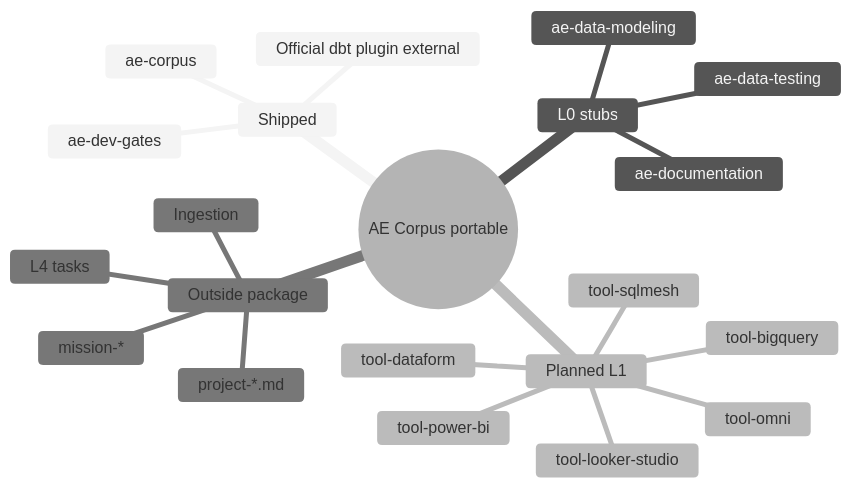
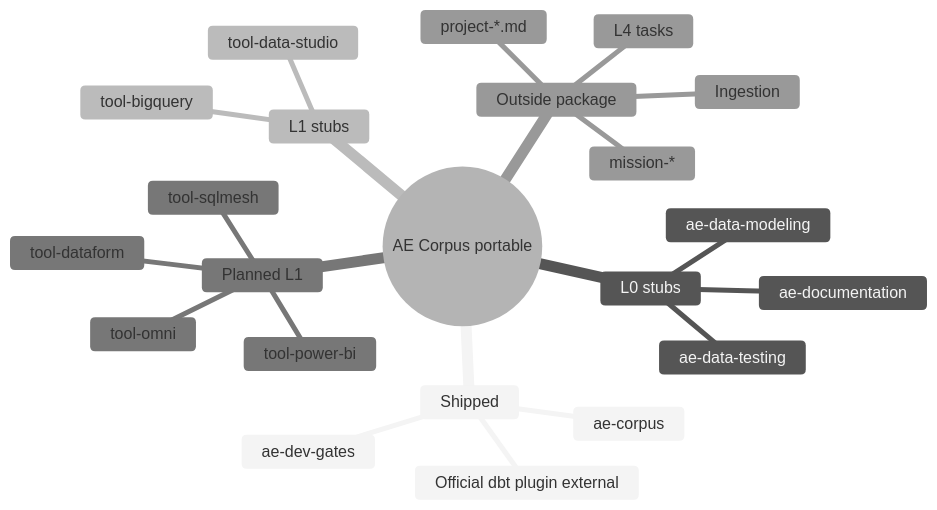
The third of 3 diagrams in plugins/ae-agent-skills/skills/ae-corpus/architecture.md (doudjol57/ae-agent-skills), drawn with Mermaid (neutral theme) before and after one commit. The commit also changed other lines of this file and 9 other files, not shown here.

First line of the commit message:
feat: add BigQuery and Data Studio tool skill stubs (#7)

````diff
--- a/plugins/ae-agent-skills/skills/ae-corpus/architecture.md
+++ b/plugins/ae-agent-skills/skills/ae-corpus/architecture.md
@@ -73,24 +73,25 @@
 ```mermaid
 mindmap
   root((AE Corpus portable))
     Shipped
       ae-corpus
       ae-dev-gates
       Official dbt plugin external
     L0 stubs
       ae-data-modeling
       ae-documentation
       ae-data-testing
+    L1 stubs
+      tool-bigquery
+      tool-data-studio
     Planned L1
-      tool-bigquery
-      tool-looker-studio
       tool-omni
       tool-power-bi
       tool-dataform
       tool-sqlmesh
     Outside package
       mission-*
       project-*.md
       L4 tasks
       Ingestion
 ```
````
